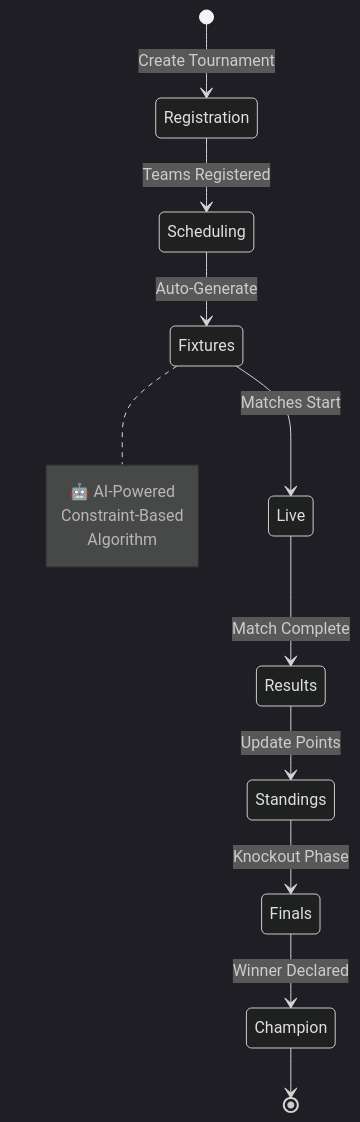
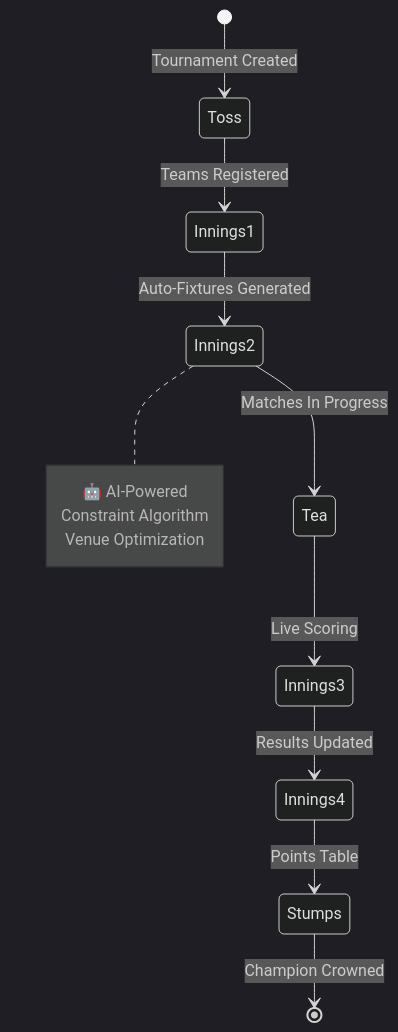
Before and after one commit to jamesvarghese7/Crickarena: the fourth of 6 diagrams in README.md, drawn with Mermaid. The commit also changed other lines of this file, not shown here.

````diff
--- a/README.md
+++ b/README.md
@@ -447,19 +524,18 @@
 ```mermaid
 %%{init: {'theme':'dark'}}%%
 stateDiagram-v2
-    [*] --> Registration: Create Tournament
-    Registration --> Scheduling: Teams Registered
-    Scheduling --> Fixtures: Auto-Generate
-    Fixtures --> Live: Matches Start
-    Live --> Results: Match Complete
-    Results --> Standings: Update Points
-    Standings --> Finals: Knockout Phase
-    Finals --> Champion: Winner Declared
-    Champion --> [*]
+    [*] --> Toss: Tournament Created
+    Toss --> Innings1: Teams Registered
+    Innings1 --> Innings2: Auto-Fixtures Generated
+    Innings2 --> Tea: Matches In Progress
+    Tea --> Innings3: Live Scoring
+    Innings3 --> Innings4: Results Updated
+    Innings4 --> Stumps: Points Table
+    Stumps --> [*]: Champion Crowned
     
-    note right of Fixtures
+    note right of Innings2
         🤖 AI-Powered
-        Constraint-Based
-        Algorithm
+        Constraint Algorithm
+        Venue Optimization
     end note
 ```
````
